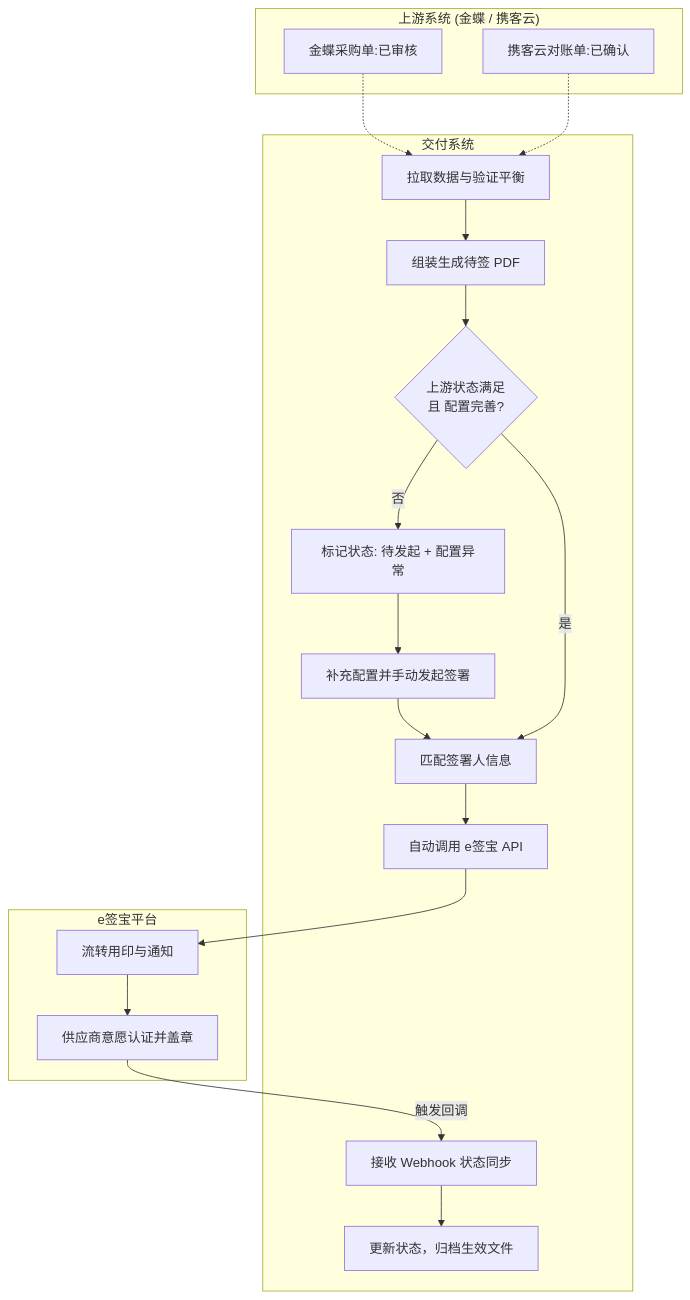
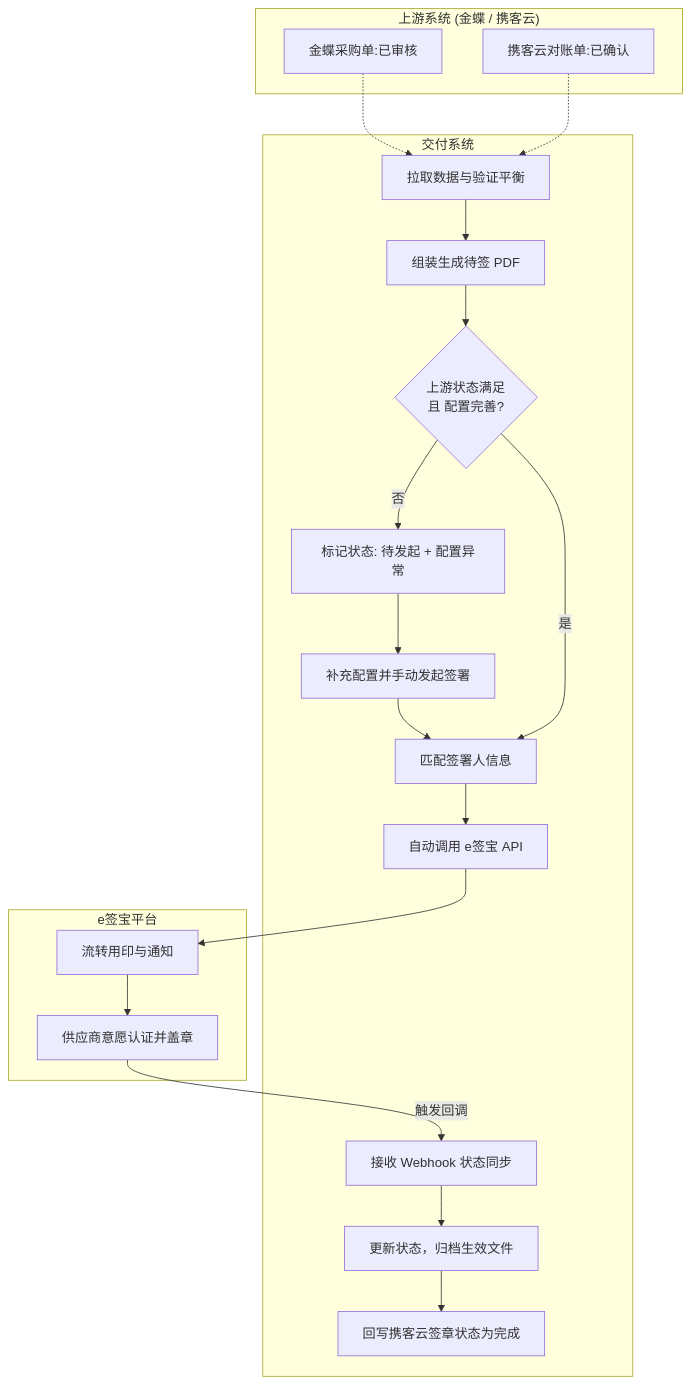
Before and after one commit to Lynne0821/e-sign-prototypes: the first of 2 diagrams in docs/requirements/20260610_采购对账e签宝对接/05_e签宝对接PRD.md, drawn with Mermaid. The commit also changed other lines of this file and 5 other files, not shown here.

````diff
--- a/docs/requirements/20260610_采购对账e签宝对接/05_e签宝对接PRD.md
+++ b/docs/requirements/20260610_采购对账e签宝对接/05_e签宝对接PRD.md
@@ -65,38 +72,40 @@
 ```mermaid
 flowchart TD
   subgraph upstream ["上游系统 (金蝶 / 携客云)"]
     K[金蝶采购单:已审核]
     X[携客云对账单:已确认]
   end
 
   subgraph delivery ["交付系统"]
     A[拉取数据与验证平衡]
     B[组装生成待签 PDF]
     C{上游状态满足 \n 且 配置完善?}
     D[匹配签署人信息]
     E[补充配置并手动发起签署]
     F[自动调用 e签宝 API]
     Err[标记状态: 待发起 + 配置异常]
     H[接收 Webhook 状态同步]
     I[更新状态，归档生效文件]
+    J[回写携客云签章状态为完成]
   end
 
   subgraph esign ["e签宝平台"]
     G1[流转用印与通知]
     G2[供应商意愿认证并盖章]
   end
 
   K -.-> A
   X -.-> A
   A --> B
   B --> C
   C -->|否| Err
   Err --> E
   E --> D
   C -->|是| D
   D --> F
   F --> G1
   G1 --> G2
   G2 -- 触发回调 --> H
   H --> I
+  I --> J
 ```
````
